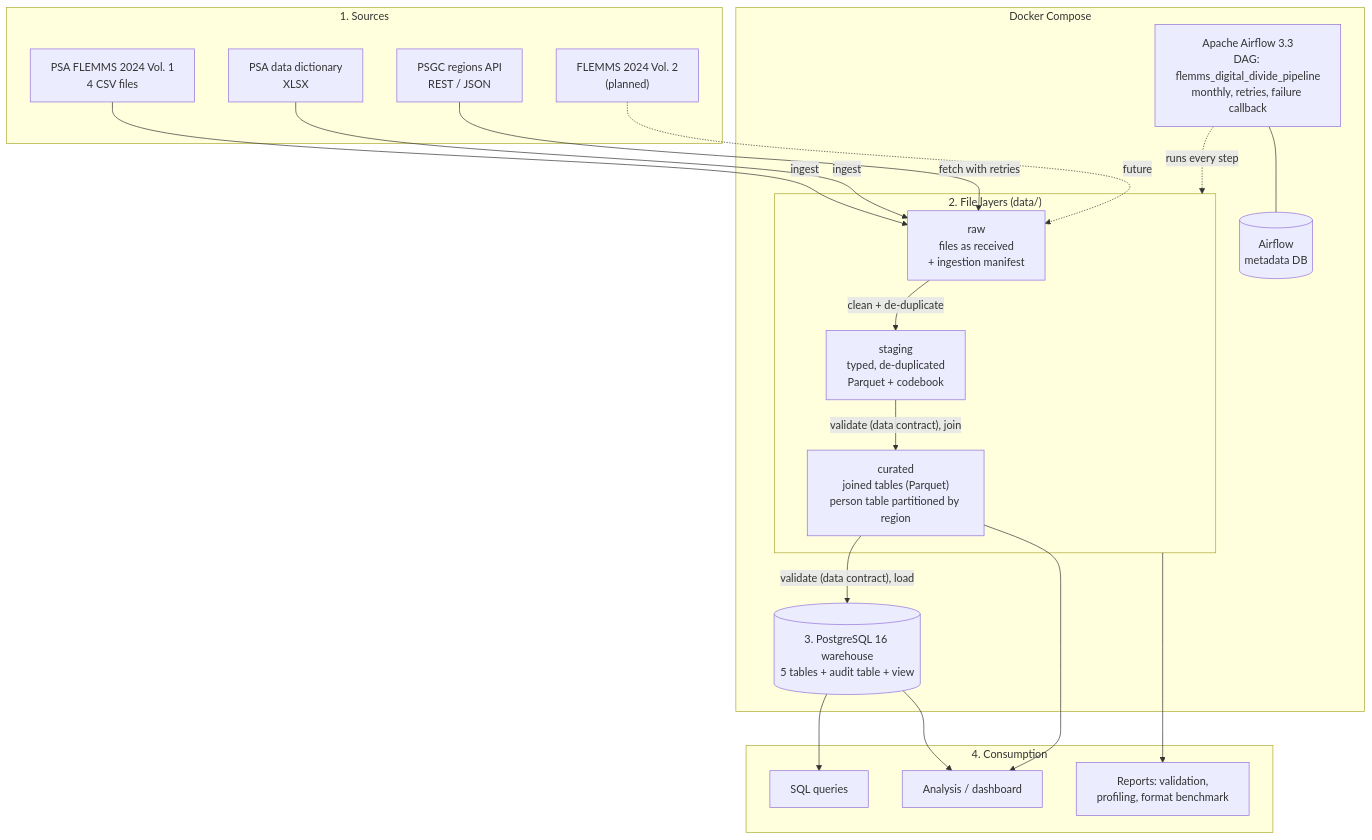
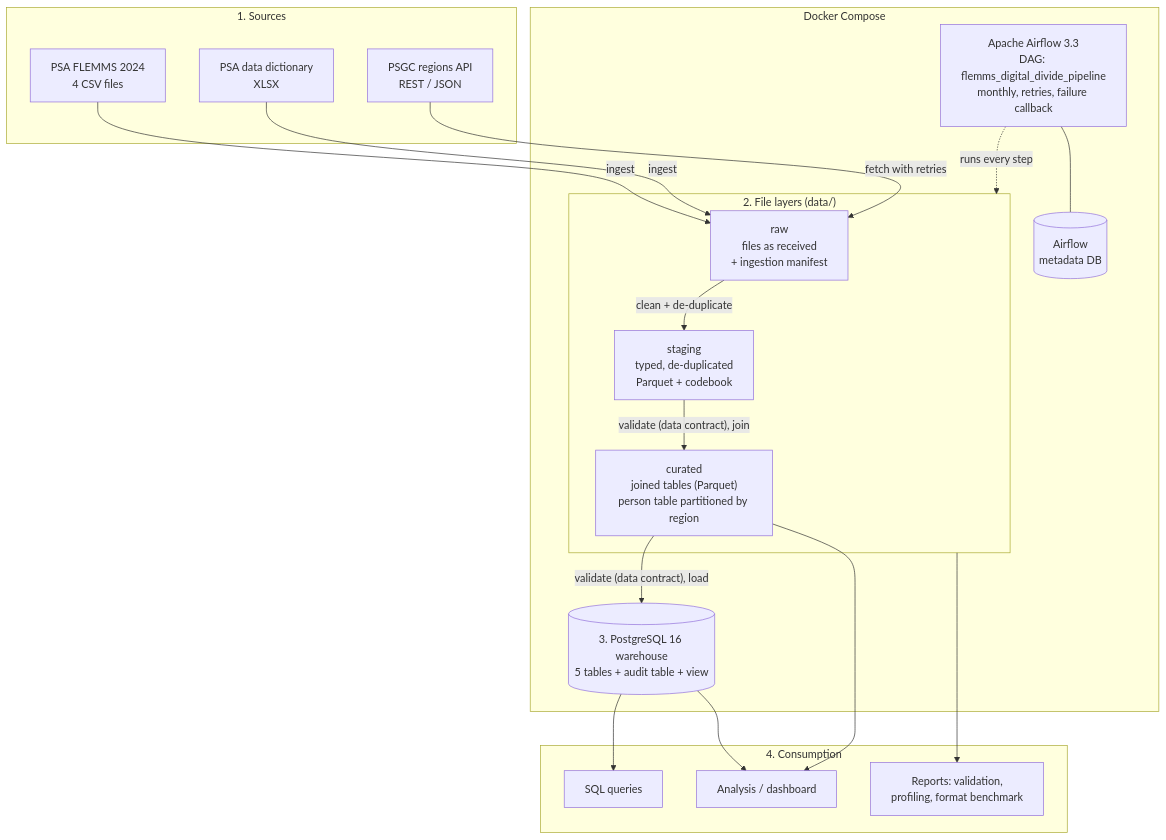
Before and after one commit to memorandavid-dotcom/flemms_digital_divide_project: the diagram in docs/architecture.md, drawn with Mermaid. The commit also changed 15 other files, not shown here.

````diff
--- a/docs/architecture.md
+++ b/docs/architecture.md
@@ -7,40 +7,38 @@
 ```mermaid
 flowchart TB
     subgraph SRC["1. Sources"]
-        S1["PSA FLEMMS 2024 Vol. 1<br/>4 CSV files"]
+        S1["PSA FLEMMS 2024<br/>4 CSV files"]
         S1B["PSA data dictionary<br/>XLSX"]
         S3["PSGC regions API<br/>REST / JSON"]
-        S2["FLEMMS 2024 Vol. 2<br/>(planned)"]
     end
 
     subgraph DOCKER["Docker Compose"]
         AF["Apache Airflow 3.3<br/>DAG: flemms_digital_divide_pipeline<br/>monthly, retries, failure callback"]
         META[("Airflow<br/>metadata DB")]
         subgraph LAKE["2. File layers (data/)"]
             RAW["raw<br/>files as received<br/>+ ingestion manifest"]
             STG["staging<br/>typed, de-duplicated<br/>Parquet + codebook"]
             CUR["curated<br/>joined tables (Parquet)<br/>person table partitioned by region"]
         end
         PG[("3. PostgreSQL 16 warehouse<br/>5 tables + audit table + view")]
     end
 
     subgraph USE["4. Consumption"]
         SQL["SQL queries"]
         NB["Analysis / dashboard"]
         REP["Reports: validation,<br/>profiling, format benchmark"]
     end
 
     S1 -->|ingest| RAW
     S1B -->|ingest| RAW
     S3 -->|fetch with retries| RAW
-    S2 -.->|future| RAW
     RAW -->|clean + de-duplicate| STG
     STG -->|"validate (data contract), join"| CUR
     CUR -->|"validate (data contract), load"| PG
     PG --> SQL
     PG --> NB
     CUR --> NB
     LAKE --> REP
     AF -.->|runs every step| LAKE
     AF --- META
 ```
````
